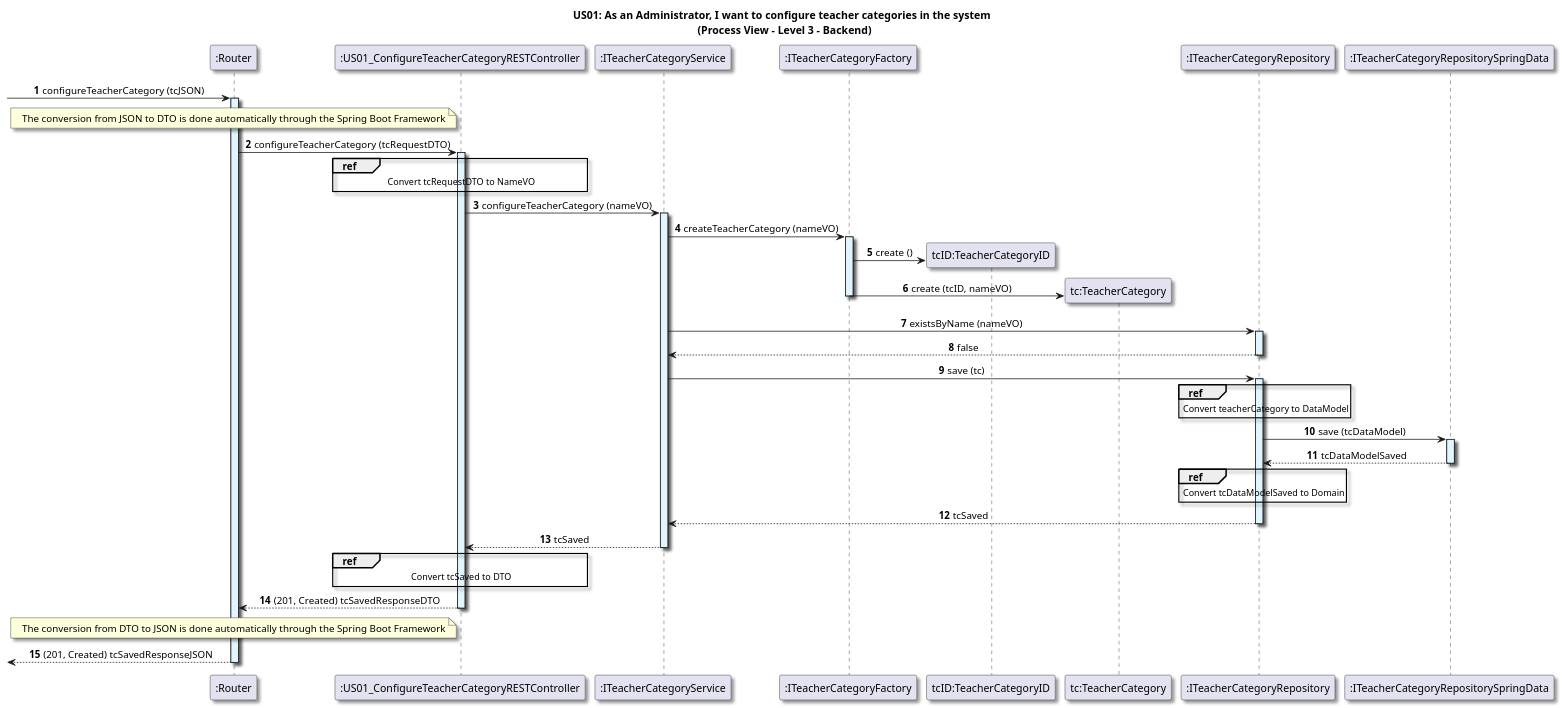
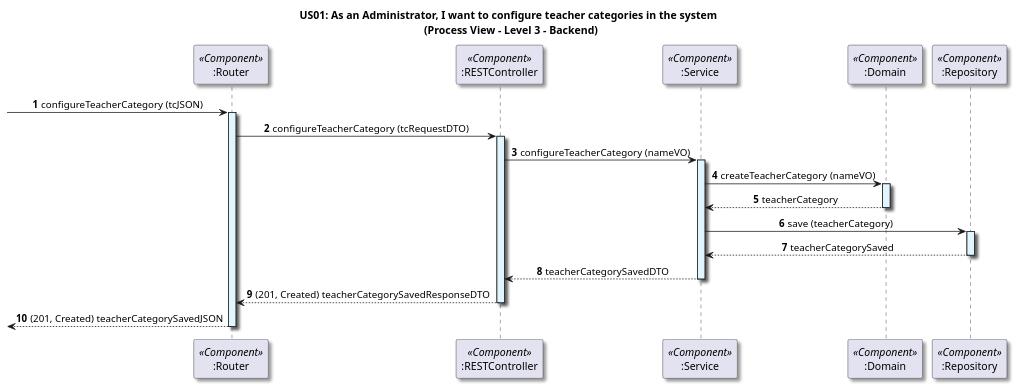
Before and after one commit to GasparISEP/DevOps-PAI: the diagram in docs/US01/Sprint6_RestAPI/ProcessView/Level3.puml, drawn with PlantUML. The commit also changed 2 other files, not shown here.

Commit message:
doc (scenario): refactor process view diagrams at level 1,2 and 3 with minor adjustments (#532, #541)

```diff
--- a/docs/US01/Sprint6_RestAPI/ProcessView/Level3.puml
+++ b/docs/US01/Sprint6_RestAPI/ProcessView/Level3.puml
@@ -1,80 +1,46 @@
 @startuml
 
 title US01: As an Administrator, I want to configure teacher categories in the system \n (Process View - Level 3 - Backend)
 
 skinparam defaultTextAlignment center
 skinparam shadowing true
 
 autonumber
 
-participant ":Router" as router
+participant ":Router" as router <<Component>>
+participant ":RESTController" as controller <<Component>>
+participant ":Service" as service <<Component>>
+participant ":Domain" as domain <<Component>>
+participant ":Repository" as repository <<Component>>
+
 -> router: configureTeacherCategory (tcJSON)
 activate router #E1F5FE
 
-note over router: The conversion from JSON to DTO is done automatically through the Spring Boot Framework
+router -> controller: configureTeacherCategory (tcRequestDTO)
+activate controller #E1F5FE
 
-participant ":US01_ConfigureTeacherCategoryRESTController" as Controller
-router -> Controller: configureTeacherCategory (tcRequestDTO)
-activate Controller #E1F5FE
-
-ref over Controller
-    Convert tcRequestDTO to NameVO
-end
-
-participant ":ITeacherCategoryService" as service
-Controller -> service: configureTeacherCategory (nameVO)
+controller -> service: configureTeacherCategory (nameVO)
 activate service #E1F5FE
 
-participant ":ITeacherCategoryFactory" as Factory
-service -> Factory: createTeacherCategory (nameVO)
-activate Factory #E1F5FE
+service -> domain: createTeacherCategory (nameVO)
+activate domain #E1F5FE
 
-create "tcID:TeacherCategoryID"
-Factory -> "tcID:TeacherCategoryID": create ()
+domain --> service: teacherCategory
+deactivate domain
 
-create "tc:TeacherCategory"
-Factory -> "tc:TeacherCategory": create (tcID, nameVO)
-deactivate Factory
+service -> repository: save (teacherCategory)
+activate repository #E1F5FE
 
-participant ":ITeacherCategoryRepository" as Repository
-service -> Repository: existsByName (nameVO)
-activate Repository #E1F5FE
-Repository --> service: false
-deactivate Repository
+repository --> service: teacherCategorySaved
+deactivate repository
 
-service -> Repository: save (tc)
-activate Repository #E1F5FE
-
-ref over Repository
-    Convert teacherCategory to DataModel
-end
-
-participant ":ITeacherCategoryRepositorySpringData" as springDataRepository
-Repository -> springDataRepository: save (tcDataModel)
-activate springDataRepository #E1F5FE
-springDataRepository --> Repository : tcDataModelSaved
-deactivate springDataRepository
-
-ref over Repository
-    Convert tcDataModelSaved to Domain
-end
-
-Repository --> service: tcSaved
-deactivate Repository
-
-service --> Controller: tcSaved
+service --> controller: teacherCategorySavedDTO
 deactivate service
 
-ref over Controller
-    Convert tcSaved to DTO
-end
+controller --> router: (201, Created) teacherCategorySavedResponseDTO
+deactivate controller
 
-Controller --> router: (201, Created) tcSavedResponseDTO
-deactivate Controller
-
-note over router: The conversion from DTO to JSON is done automatically through the Spring Boot Framework
-
-<-- router: (201, Created) tcSavedResponseJSON
+<-- router: (201, Created) teacherCategorySavedJSON
 deactivate router
 
 @enduml
```
